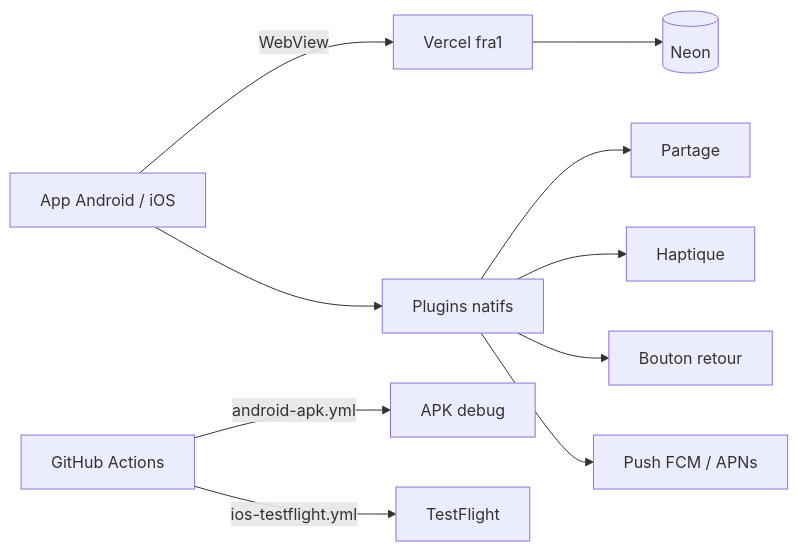
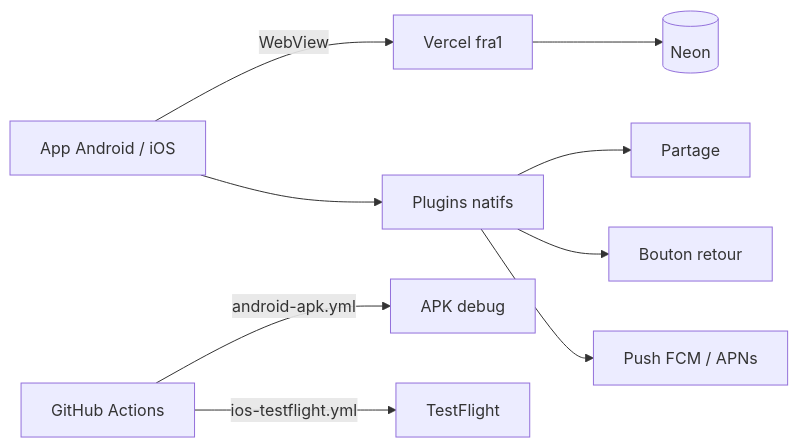
Before and after one commit to yamdjeup/africa-marketplace: the diagram in docs/APP-NATIVE.md, drawn with Mermaid. The commit also changed other lines of this file and 6 other files, not shown here.

````diff
--- a/docs/APP-NATIVE.md
+++ b/docs/APP-NATIVE.md
@@ -5,12 +5,11 @@
 ```mermaid
 flowchart LR
   A[App Android / iOS] -->|WebView| V[Vercel fra1]
   V --> N[(Neon)]
   A --> P[Plugins natifs]
   P --> S[Partage]
-  P --> H[Haptique]
   P --> B[Bouton retour]
   P --> F[Push FCM / APNs]
   G[GitHub Actions] -->|android-apk.yml| K[APK debug]
   G -->|ios-testflight.yml| T[TestFlight]
 ```
````
